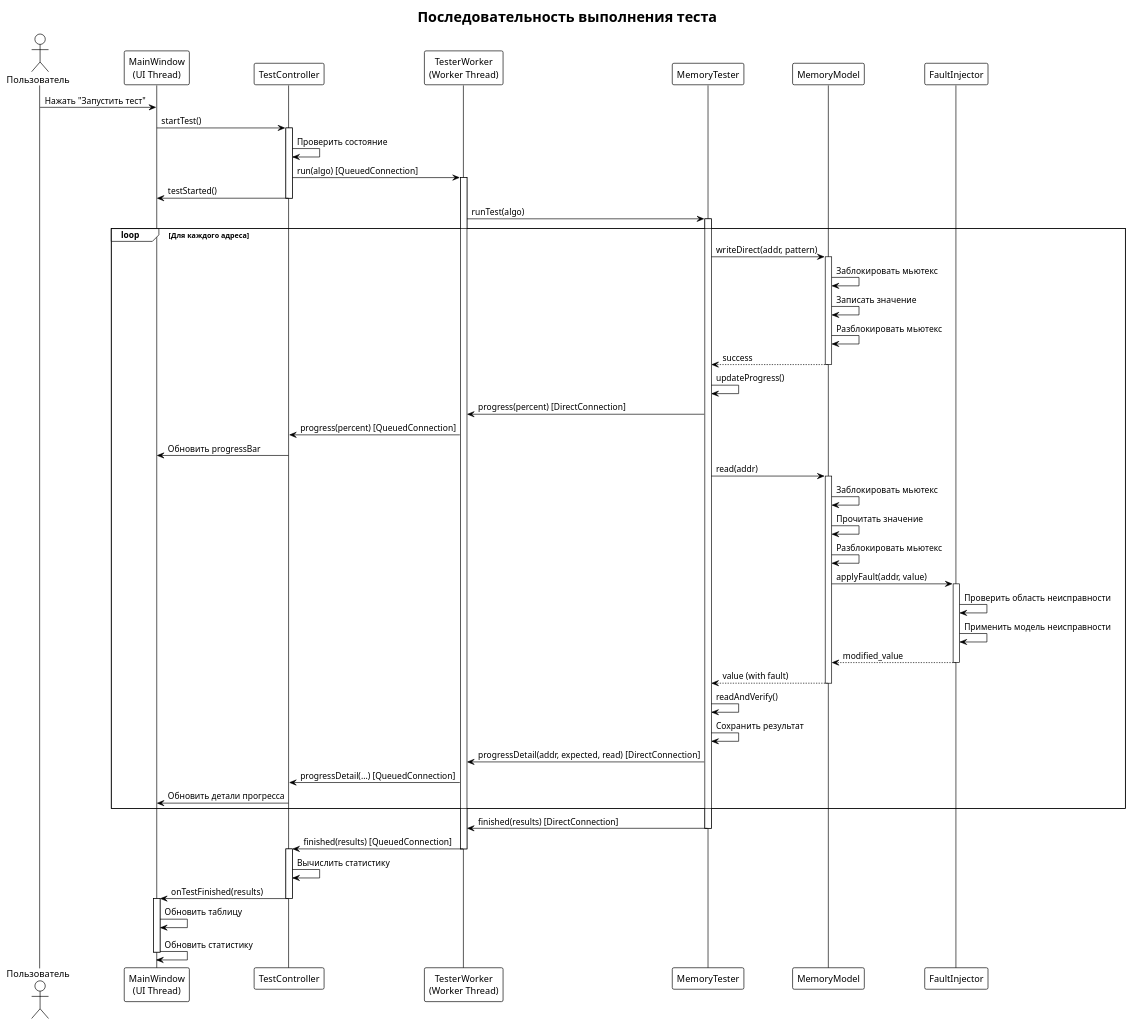
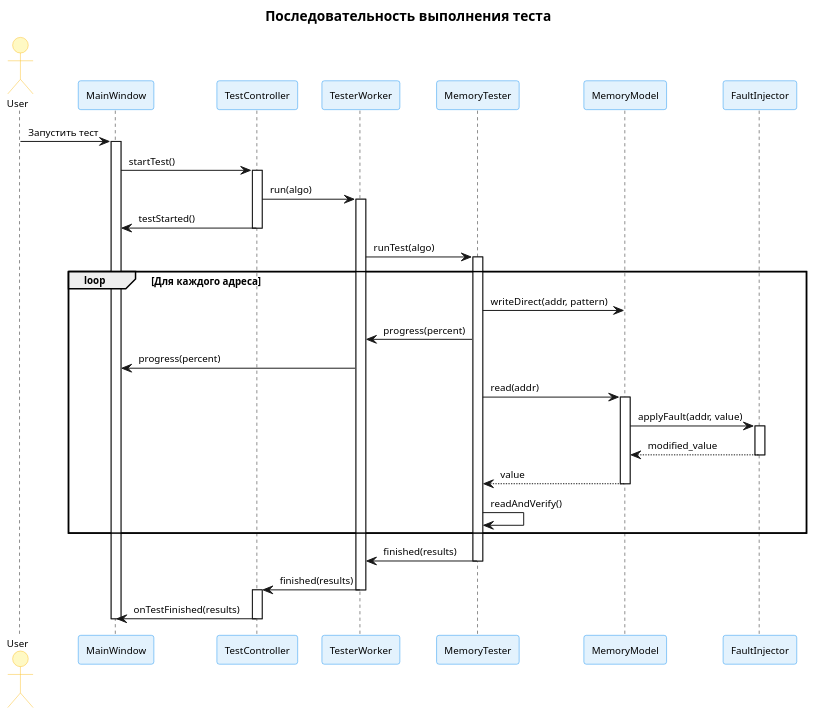
Before and after one commit to Jalet-fry/RAM_clone: the diagram in docs/sequence_test_execution.puml, drawn with PlantUML. The commit also changed 35 other files, not shown here.

Commit message:
docs and diagrams

```diff
--- a/docs/sequence_test_execution.puml
+++ b/docs/sequence_test_execution.puml
@@ -1,74 +1,66 @@
 @startuml sequence_test_execution
-!theme plain
+scale 1.5
+skinparam {
+    shadowing false
+    linetype ortho
+    defaultFontSize 10
+    padding 1
+}
+
+skinparam participant {
+    BackgroundColor #E3F2FD
+    BorderColor #2196F3
+}
+
+skinparam actor {
+    BackgroundColor #FFF9C4
+    BorderColor #FBC02D
+}
 
 title Последовательность выполнения теста
 
-actor User as "Пользователь"
-participant "MainWindow\n(UI Thread)" as UI
+actor User
+participant "MainWindow" as UI
 participant "TestController" as TC
-participant "TesterWorker\n(Worker Thread)" as TW
+participant "TesterWorker" as TW
 participant "MemoryTester" as MT
 participant "MemoryModel" as MM
 participant "FaultInjector" as FI
 
-User -> UI: Нажать "Запустить тест"
+User -> UI: Запустить тест
+activate UI
 UI -> TC: startTest()
 activate TC
-TC -> TC: Проверить состояние
-TC -> TW: run(algo) [QueuedConnection]
+TC -> TW: run(algo)
 activate TW
 TC -> UI: testStarted()
 deactivate TC
 
 TW -> MT: runTest(algo)
 activate MT
 
 loop Для каждого адреса
     MT -> MM: writeDirect(addr, pattern)
-    activate MM
-    MM -> MM: Заблокировать мьютекс
-    MM -> MM: Записать значение
-    MM -> MM: Разблокировать мьютекс
-    MM --> MT: success
-    deactivate MM
-    
-    MT -> MT: updateProgress()
-    MT -> TW: progress(percent) [DirectConnection]
-    TW -> TC: progress(percent) [QueuedConnection]
-    TC -> UI: Обновить progressBar
-    
+    MT -> TW: progress(percent)
+    TW -> UI: progress(percent)
     MT -> MM: read(addr)
     activate MM
-    MM -> MM: Заблокировать мьютекс
-    MM -> MM: Прочитать значение
-    MM -> MM: Разблокировать мьютекс
     MM -> FI: applyFault(addr, value)
     activate FI
-    FI -> FI: Проверить область неисправности
-    FI -> FI: Применить модель неисправности
     FI --> MM: modified_value
     deactivate FI
-    MM --> MT: value (with fault)
+    MM --> MT: value
     deactivate MM
-    
     MT -> MT: readAndVerify()
-    MT -> MT: Сохранить результат
-    MT -> TW: progressDetail(addr, expected, read) [DirectConnection]
-    TW -> TC: progressDetail(...) [QueuedConnection]
-    TC -> UI: Обновить детали прогресса
 end
 
-MT -> TW: finished(results) [DirectConnection]
+MT -> TW: finished(results)
 deactivate MT
-TW -> TC: finished(results) [QueuedConnection]
+TW -> TC: finished(results)
 deactivate TW
 activate TC
-TC -> TC: Вычислить статистику
 TC -> UI: onTestFinished(results)
 deactivate TC
-activate UI
-UI -> UI: Обновить таблицу
-UI -> UI: Обновить статистику
 deactivate UI
 
 @enduml
```
